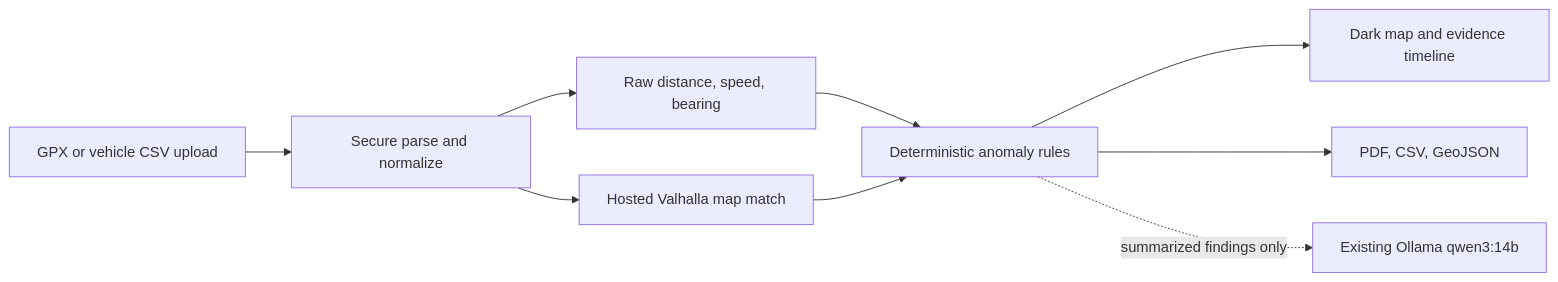
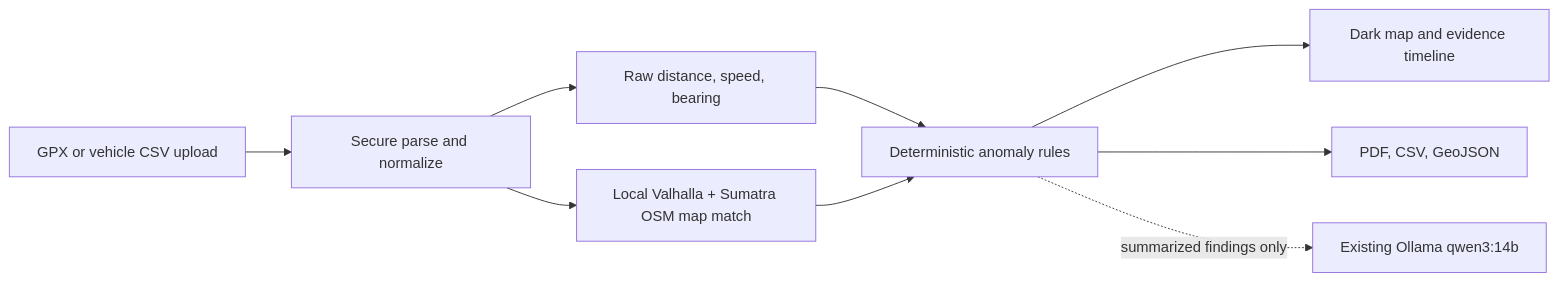
Before and after one commit to alvin-apta/gpx-analyzer: the diagram in README.md, drawn with Mermaid. The commit also changed other lines of this file and 5 other files, not shown here.

Commit message:
add local Sumatra map matching

````diff
--- a/README.md
+++ b/README.md
@@ -26,11 +28,11 @@
 ```mermaid
 flowchart LR
   A[GPX or vehicle CSV upload] --> B[Secure parse and normalize]
   B --> C[Raw distance, speed, bearing]
-  B --> D[Hosted Valhalla map match]
+  B --> D[Local Valhalla + Sumatra OSM map match]
   C --> E[Deterministic anomaly rules]
   D --> E
   E --> F[Dark map and evidence timeline]
   E --> G[PDF, CSV, GeoJSON]
   E -. summarized findings only .-> H[Existing Ollama qwen3:14b]
 ```
````
